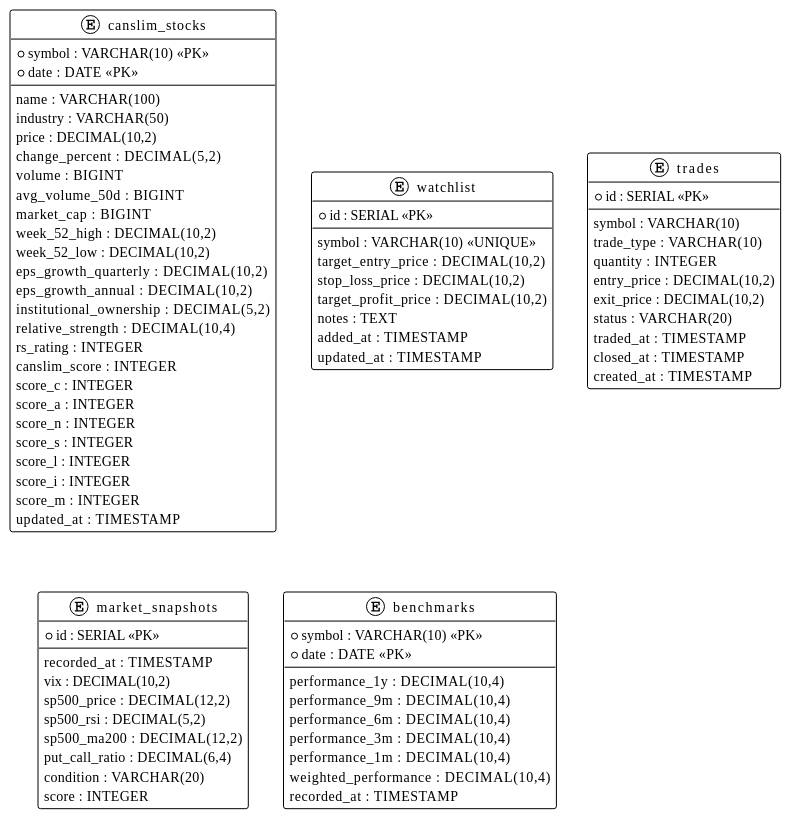
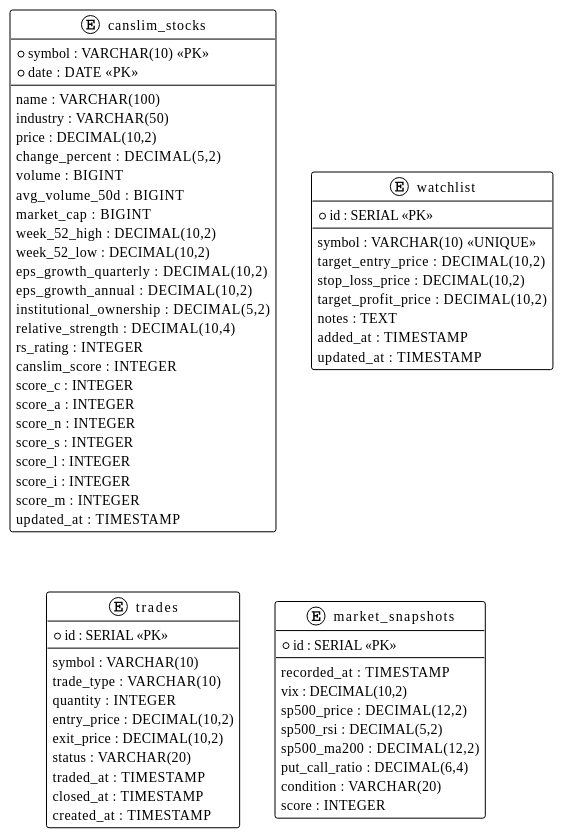
Before and after one commit to ryota197/ai-trade-pj: the diagram in docs/poc/domain/03-database-design.md, drawn with PlantUML. The commit also changed other lines of this file and 2 other files, not shown here.

Commit message:
delete benchmarks table

````diff
--- a/docs/poc/domain/03-database-design.md
+++ b/docs/poc/domain/03-database-design.md
@@ -93,18 +93,5 @@
     score : INTEGER
 }
 
-entity "benchmarks" as BM {
-    * symbol : VARCHAR(10) <<PK>>
-    * date : DATE <<PK>>
-    --
-    performance_1y : DECIMAL(10,4)
-    performance_9m : DECIMAL(10,4)
-    performance_6m : DECIMAL(10,4)
-    performance_3m : DECIMAL(10,4)
-    performance_1m : DECIMAL(10,4)
-    weighted_performance : DECIMAL(10,4)
-    recorded_at : TIMESTAMP
-}
-
 @enduml
 ```
````
